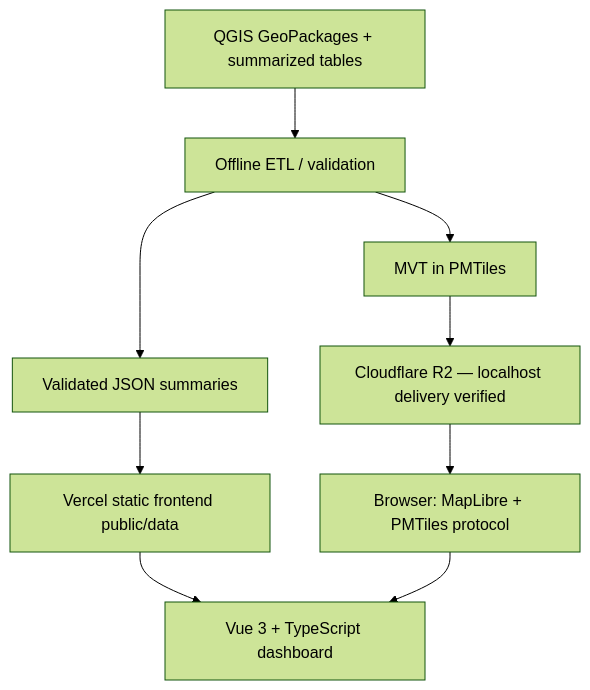
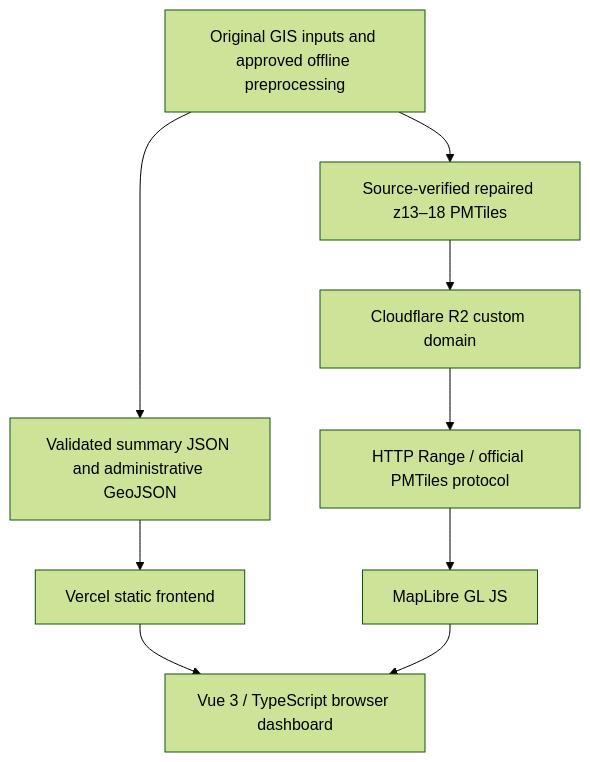
Before and after one commit to IESR-EMPSA/dashboard-plts-jakarta: the diagram in docs/ARCHITECTURE.md, drawn with Mermaid (forest theme). The commit also changed other lines of this file and 32 other files, not shown here.

````diff
--- a/docs/ARCHITECTURE.md
+++ b/docs/ARCHITECTURE.md
@@ -4,11 +5,11 @@
 ```mermaid
 flowchart TD
-  A["QGIS GeoPackages + summarized tables"] --> B["Offline ETL / validation"]
-  B --> C["MVT in PMTiles"]
-  B --> D["Validated JSON summaries"]
-  C --> E["Cloudflare R2 — localhost delivery verified"]
-  D --> F["Vercel static frontend public/data"]
-  E --> G["Browser: MapLibre + PMTiles protocol"]
-  F --> H["Vue 3 + TypeScript dashboard"]
-  G --> H
+  A["Original GIS inputs and approved offline preprocessing"] --> B["Validated summary JSON and administrative GeoJSON"]
+  A --> C["Source-verified repaired z13–18 PMTiles"]
+  B --> D["Vercel static frontend"]
+  C --> E["Cloudflare R2 custom domain"]
+  D --> F["Vue 3 / TypeScript browser dashboard"]
+  E --> G["HTTP Range / official PMTiles protocol"]
+  G --> H["MapLibre GL JS"]
+  H --> F
 ```
````
